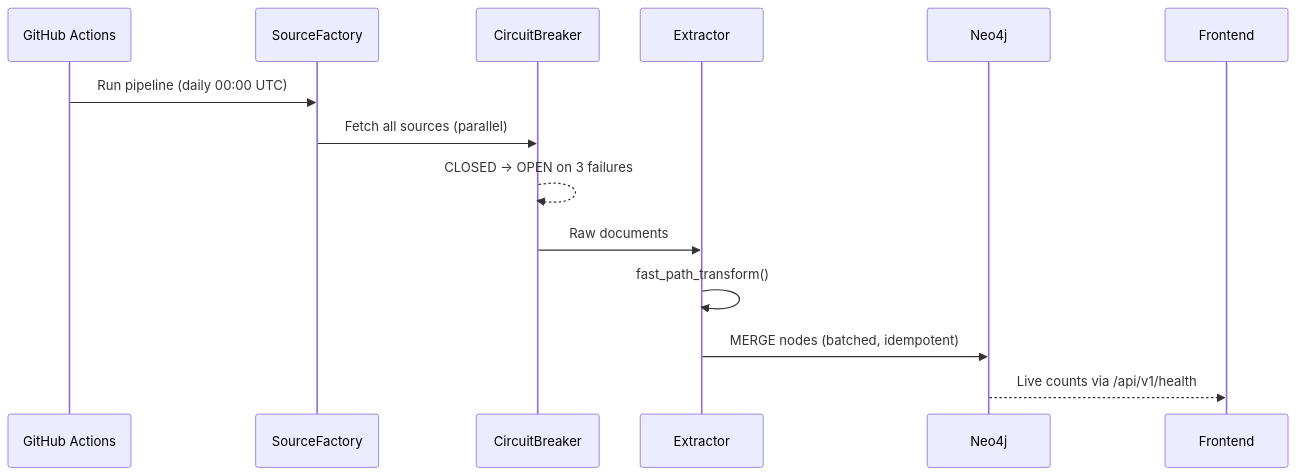
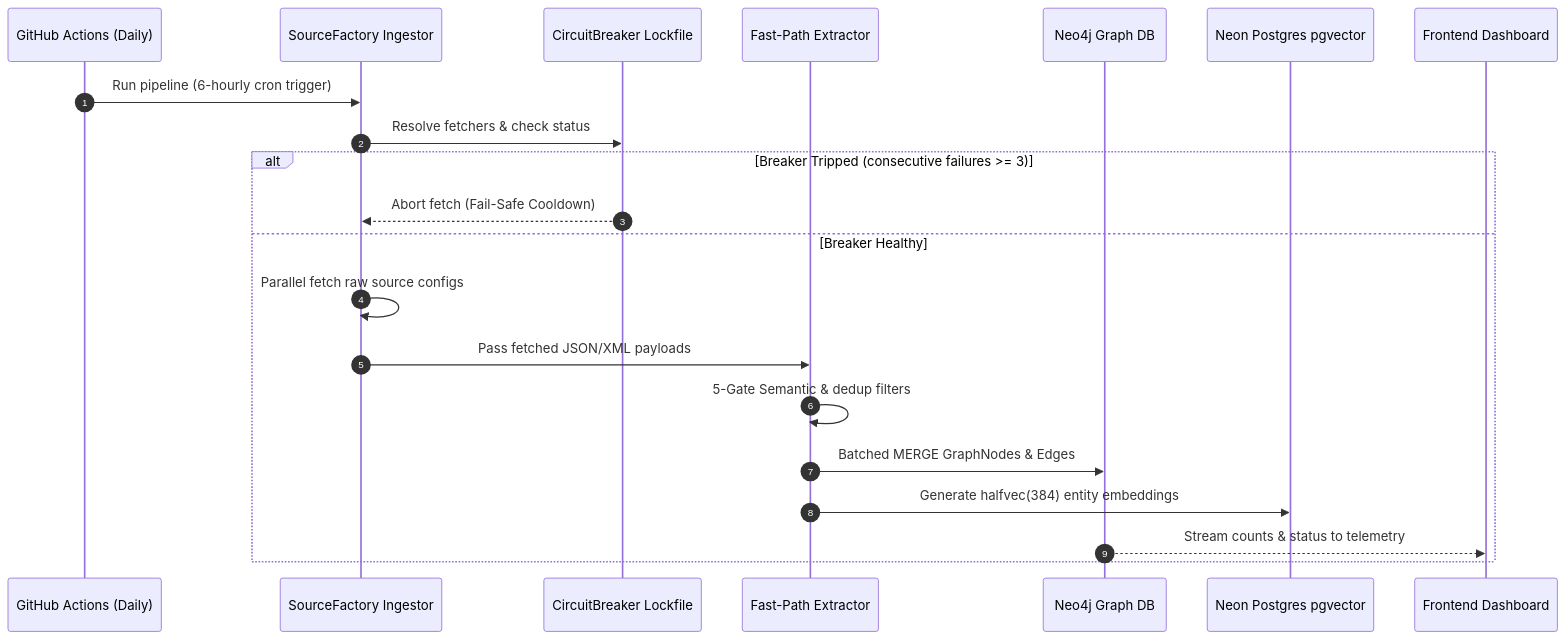
One commit to sarv-projects/Synapse changed the second of 4 diagrams in README.md. Above: the diagram before and after it, drawn with Mermaid. The commit also changed other lines of this file and 67 other files, not shown here.

````diff
--- a/README.md
+++ b/README.md
@@ -96,17 +113,24 @@
 ```mermaid
 sequenceDiagram
-    participant GH as GitHub Actions
-    participant SF as SourceFactory
-    participant CB as CircuitBreaker
-    participant EX as Extractor
-    participant N4 as Neo4j
-    participant FE as Frontend
+    autonumber
+    participant GH as GitHub Actions (Daily)
+    participant SF as SourceFactory Ingestor
+    participant CB as CircuitBreaker Lockfile
+    participant EX as Fast-Path Extractor
+    participant N4 as Neo4j Graph DB
+    participant PG as Neon Postgres pgvector
+    participant FE as Frontend Dashboard
 
-    GH->>SF: Run pipeline (daily 00:00 UTC)
-    SF->>CB: Fetch all sources (parallel)
-    CB-->>CB: CLOSED → OPEN on 3 failures
-    CB->>EX: Raw documents
-    EX->>EX: fast_path_transform()
-    EX->>N4: MERGE nodes (batched, idempotent)
-    N4-->>FE: Live counts via /api/v1/health
+    GH->>SF: Run pipeline (6-hourly cron trigger)
+    SF->>CB: Resolve fetchers & check status
+    alt Breaker Tripped (consecutive failures >= 3)
+        CB-->>SF: Abort fetch (Fail-Safe Cooldown)
+    else Breaker Healthy
+        SF->>SF: Parallel fetch raw source configs
+        SF->>EX: Pass fetched JSON/XML payloads
+        EX->>EX: 5-Gate Semantic & dedup filters
+        EX->>N4: Batched MERGE GraphNodes & Edges
+        EX->>PG: Generate halfvec(384) entity embeddings
+        N4-->>FE: Stream counts & status to telemetry
+    end
 ```
````
